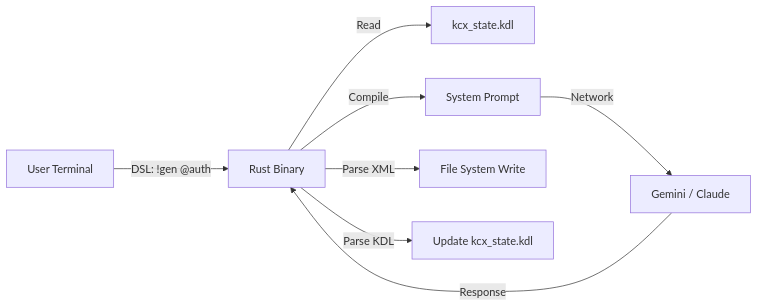
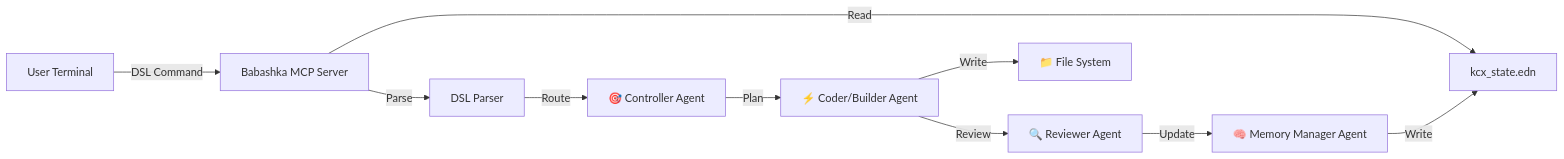
The diagram in README.md (kaceylippart/kcx), drawn with Mermaid before and after one commit. The commit also changed other lines of this file and 37 other files, not shown here.

````diff
--- a/README.md
+++ b/README.md
@@ -27,11 +27,14 @@
 ```mermaid
 graph LR
-    User[User Terminal] -->|DSL: !gen @auth| Binary[Rust Binary]
-    Binary -->|Read| State[kcx_state.kdl]
-    Binary -->|Compile| Prompt[System Prompt]
-    Prompt -->|Network| API[Gemini / Claude]
-    
-    API -->|Response| Binary
-    Binary -->|Parse XML| Action[File System Write]
-    Binary -->|Parse KDL| StateUpdate[Update kcx_state.kdl]
+    User[User Terminal] -->|DSL Command| Server[Babashka MCP Server]
+    Server -->|Parse| DSL[DSL Parser]
+    Server -->|Read| State[kcx_state.edn]
+
+    DSL -->|Route| Controller[🎯 Controller Agent]
+    Controller -->|Plan| Coder[⚡ Coder/Builder Agent]
+    Coder -->|Review| Reviewer[🔍 Reviewer Agent]
+    Reviewer -->|Update| Memory[🧠 Memory Manager Agent]
+
+    Memory -->|Write| State
+    Coder -->|Write| Files[📁 File System]
 ```
````
